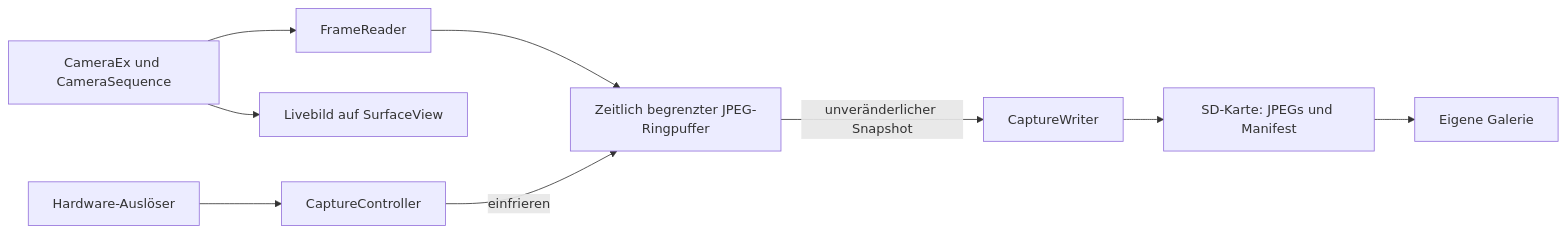
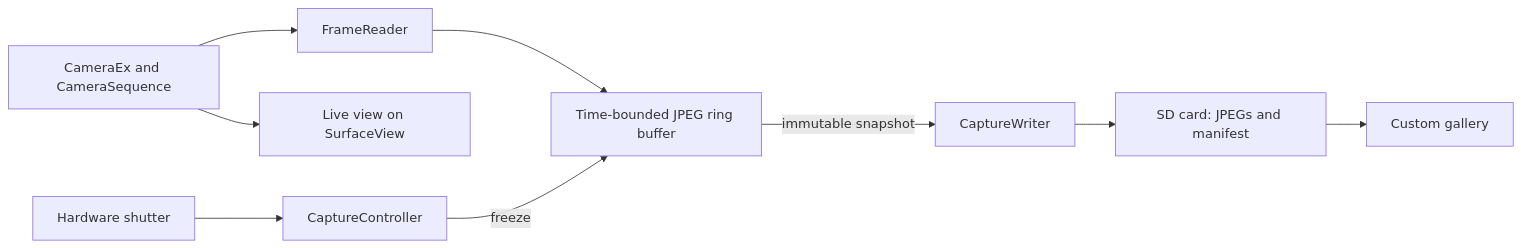
One commit to CaskLabs/GhostBuffer changed the diagram in GHOSTBUFFER_PLAN.md. Above: the diagram before and after it, drawn with Mermaid. The commit also changed other lines of this file and 8 other files, not shown here.

````diff
--- a/GHOSTBUFFER_PLAN.md
+++ b/GHOSTBUFFER_PLAN.md
@@ -55,11 +55,11 @@
 ```mermaid
 flowchart LR
-    Sony[CameraEx und CameraSequence] --> Reader[FrameReader]
-    Reader --> Ring[Zeitlich begrenzter JPEG-Ringpuffer]
-    Keys[Hardware-Auslöser] --> Controller[CaptureController]
-    Controller -->|einfrieren| Ring
-    Ring -->|unveränderlicher Snapshot| Writer[CaptureWriter]
-    Writer --> SD[SD-Karte: JPEGs und Manifest]
-    SD --> Gallery[Eigene Galerie]
-    Sony --> Surface[Livebild auf SurfaceView]
+    Sony[CameraEx and CameraSequence] --> Reader[FrameReader]
+    Reader --> Ring[Time-bounded JPEG ring buffer]
+    Keys[Hardware shutter] --> Controller[CaptureController]
+    Controller -->|freeze| Ring
+    Ring -->|immutable snapshot| Writer[CaptureWriter]
+    Writer --> SD[SD card: JPEGs and manifest]
+    SD --> Gallery[Custom gallery]
+    Sony --> Surface[Live view on SurfaceView]
 ```
````
